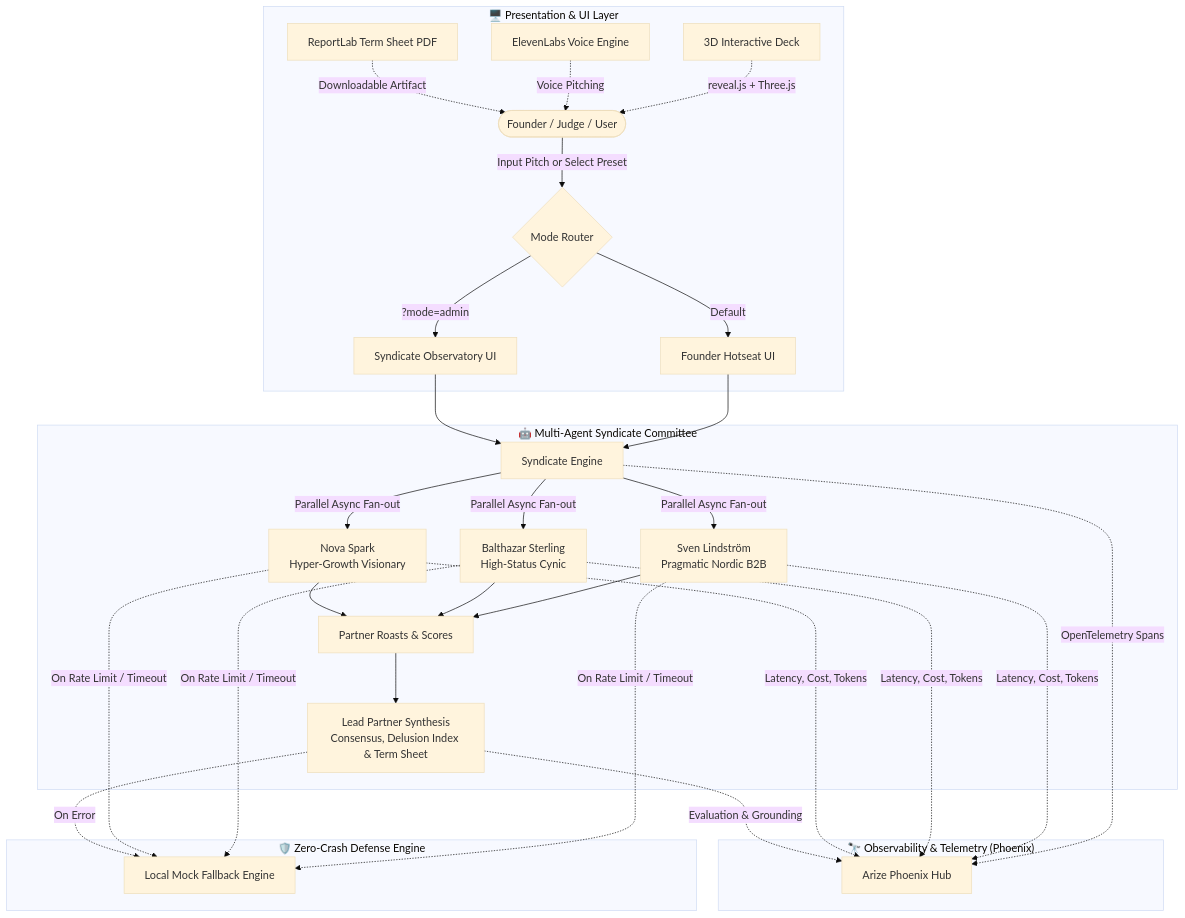
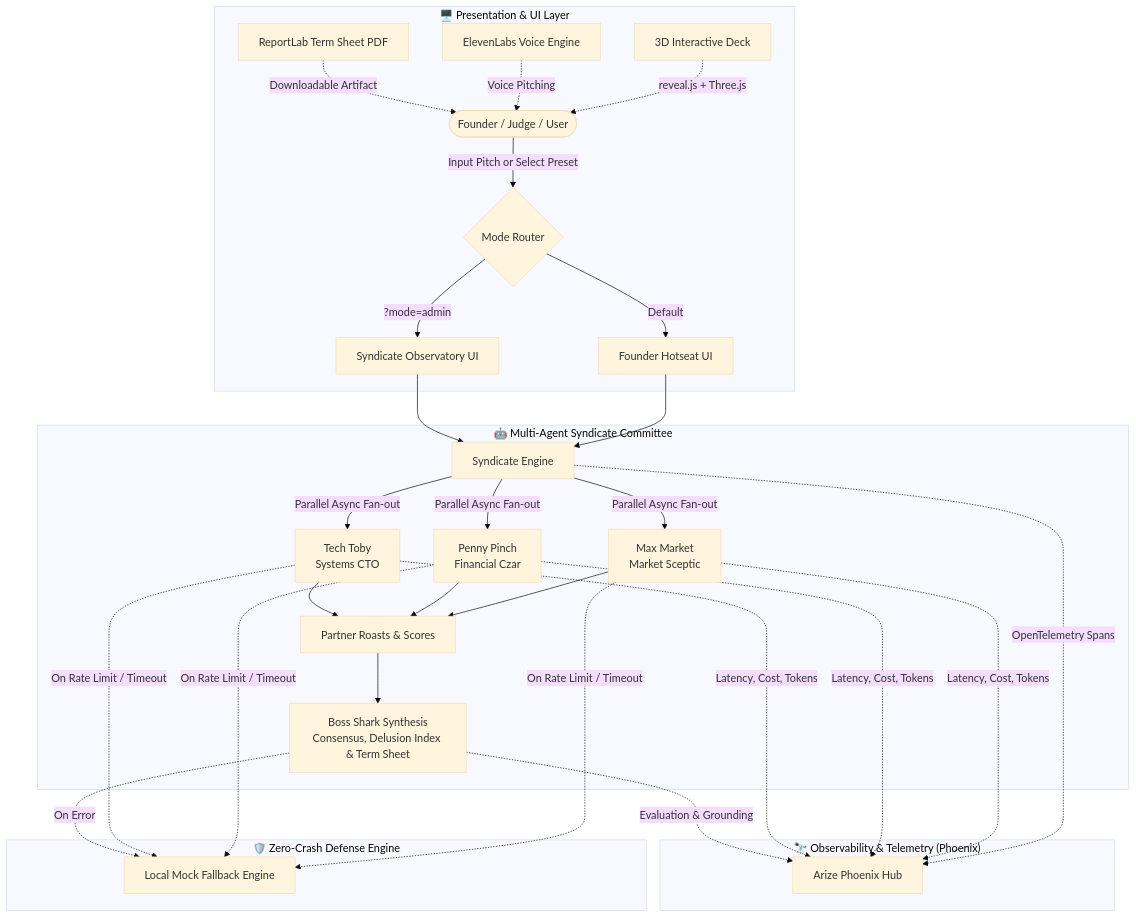
The first of 3 diagrams in ARCHITECTURE.md (akkireddy-challa/pitchroast), drawn with Mermaid (base theme) before and after one commit. The commit also changed other lines of this file and 9 other files, not shown here.

````diff
--- a/ARCHITECTURE.md
+++ b/ARCHITECTURE.md
@@ -9,42 +9,42 @@
 ```mermaid
 flowchart TD
     User([Founder / Judge / User]) -->|Input Pitch or Select Preset| Router{Mode Router}
     
     subgraph UI_Layer ["🖥️ Presentation & UI Layer"]
         Router -->|Default| Hotseat[Founder Hotseat UI]
         Router -->|?mode=admin| Observatory[Syndicate Observatory UI]
         Deck[3D Interactive Deck] -.->|reveal.js + Three.js| User
         Audio[ElevenLabs Voice Engine] -.->|Voice Pitching| User
         PDF[ReportLab Term Sheet PDF] -.->|Downloadable Artifact| User
     end
 
     subgraph Agent_Orchestration ["🤖 Multi-Agent Syndicate Committee"]
         Hotseat & Observatory --> Orchestrator[Syndicate Engine]
         
-        Orchestrator -->|Parallel Async Fan-out| PartnerA[Sven Lindström<br/>Pragmatic Nordic B2B]
-        Orchestrator -->|Parallel Async Fan-out| PartnerB[Balthazar Sterling<br/>High-Status Cynic]
-        Orchestrator -->|Parallel Async Fan-out| PartnerC[Nova Spark<br/>Hyper-Growth Visionary]
+        Orchestrator -->|Parallel Async Fan-out| PartnerA[Max Market<br/>Market Sceptic]
+        Orchestrator -->|Parallel Async Fan-out| PartnerB[Penny Pinch<br/>Financial Czar]
+        Orchestrator -->|Parallel Async Fan-out| PartnerC[Tech Toby<br/>Systems CTO]
         
         PartnerA --> PartnerAgg[Partner Roasts & Scores]
         PartnerB --> PartnerAgg
         PartnerC --> PartnerAgg
         
-        PartnerAgg --> LeadPartner[Lead Partner Synthesis<br/>Consensus, Delusion Index & Term Sheet]
+        PartnerAgg --> LeadPartner[Boss Shark Synthesis<br/>Consensus, Delusion Index & Term Sheet]
     end
 
     subgraph Observability_Layer ["🔭 Observability & Telemetry (Phoenix)"]
         Orchestrator -.->|OpenTelemetry Spans| Phoenix[Arize Phoenix Hub]
         PartnerA -.->|Latency, Cost, Tokens| Phoenix
         PartnerB -.->|Latency, Cost, Tokens| Phoenix
         PartnerC -.->|Latency, Cost, Tokens| Phoenix
         LeadPartner -.->|Evaluation & Grounding| Phoenix
     end
 
     subgraph Defense_Layer ["🛡️ Zero-Crash Defense Engine"]
         Fallback[Local Mock Fallback Engine]
         PartnerA -.->|On Rate Limit / Timeout| Fallback
         PartnerB -.->|On Rate Limit / Timeout| Fallback
         PartnerC -.->|On Rate Limit / Timeout| Fallback
         LeadPartner -.->|On Error| Fallback
     end
 ```
````
